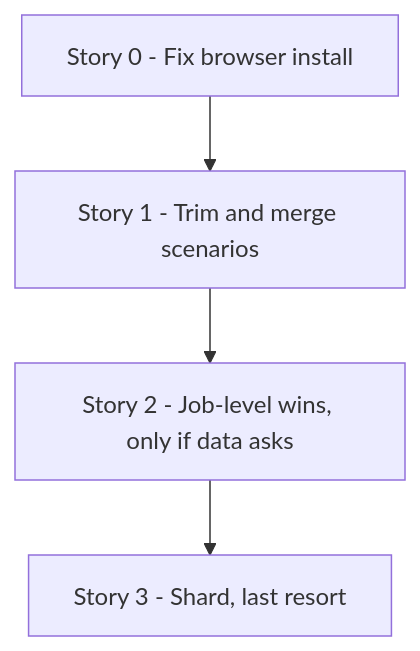
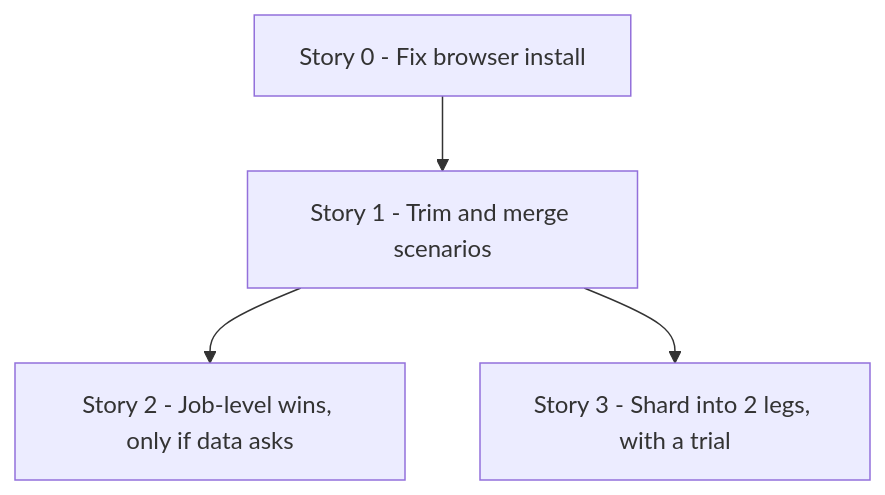
One commit to lmmoreira/ikaro changed the diagram in td/TD59-E2E-SUITE-DURATION.md. Above: the diagram before and after it, drawn with Mermaid. The commit also changed other lines of this file, not shown here.

Commit message:
docs(td): lock TD59 Story 3 discovery decisions (shard into 2 legs, trial and rollback)

````diff
--- a/td/TD59-E2E-SUITE-DURATION.md
+++ b/td/TD59-E2E-SUITE-DURATION.md
@@ -60,6 +60,6 @@
 ```mermaid
 graph TD
   S0[Story 0 - Fix browser install] --> S1[Story 1 - Trim and merge scenarios]
   S1 --> S2[Story 2 - Job-level wins, only if data asks]
-  S2 --> S3[Story 3 - Shard, last resort]
+  S1 --> S3[Story 3 - Shard into 2 legs, with a trial]
 ```
````
